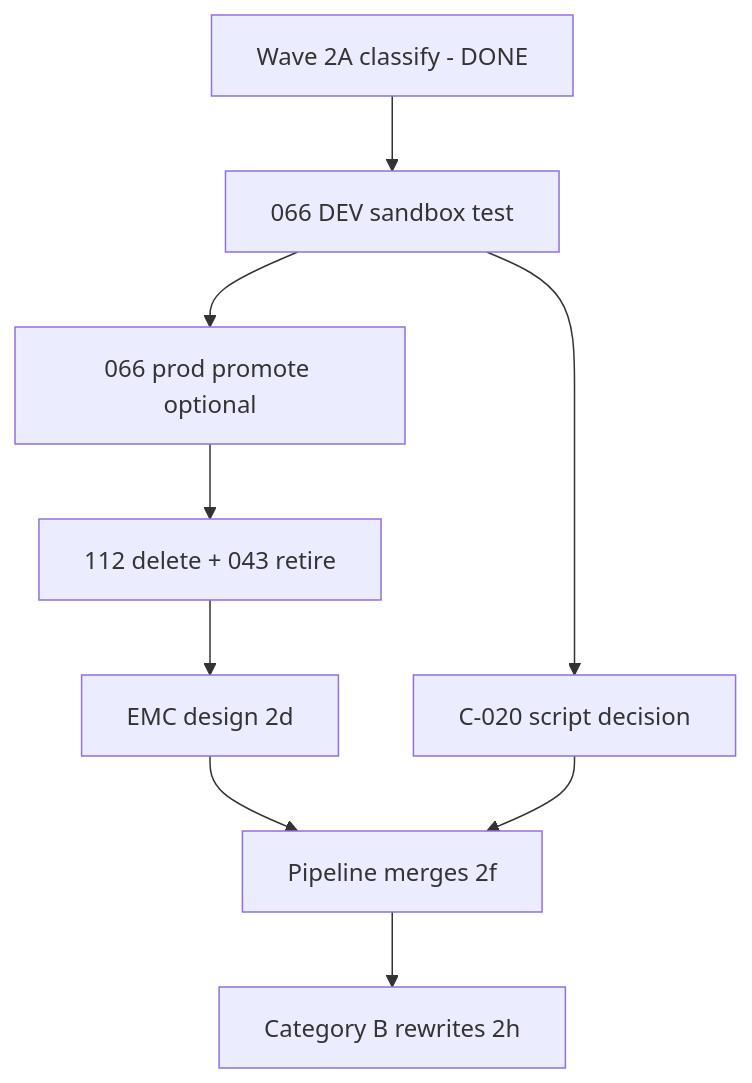
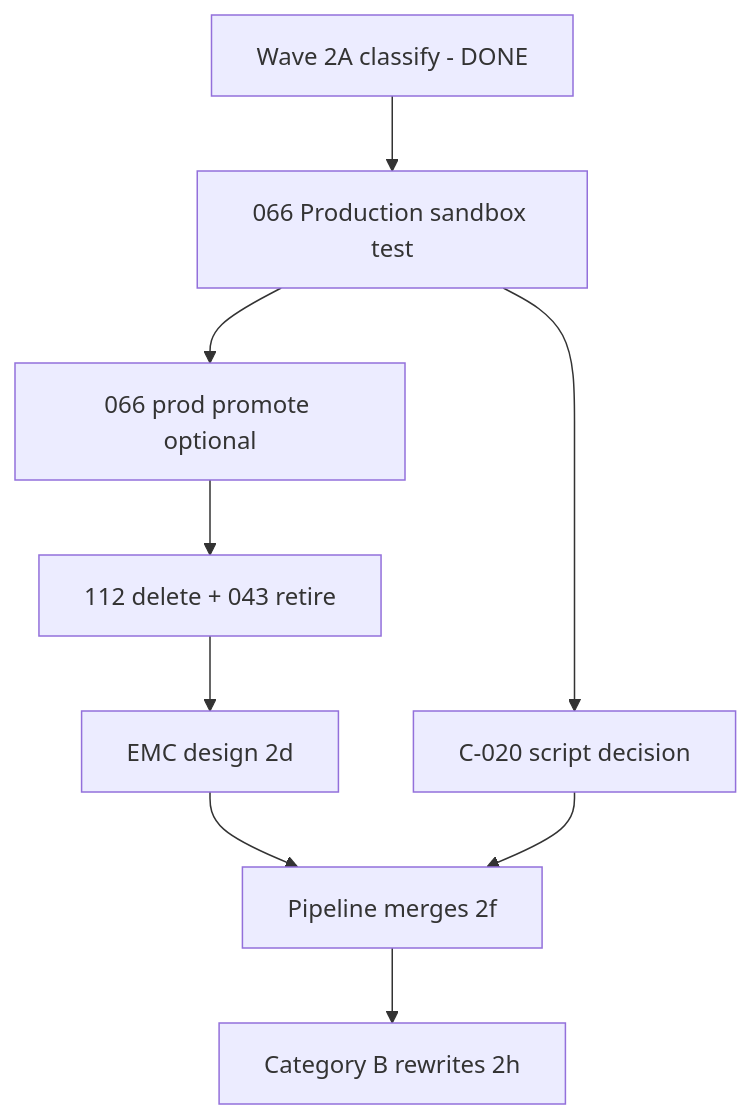
The diagram in docs/phase-2b-engineering-review-2026-07-06.md (Schmidt127/127-si-shooting-challenge), drawn with Mermaid before and after one commit. The commit also changed other lines of this file and 397 other files, not shown here.

````diff
--- a/docs/phase-2b-engineering-review-2026-07-06.md
+++ b/docs/phase-2b-engineering-review-2026-07-06.md
@@ -44,19 +44,19 @@
 ```mermaid
 flowchart TD
     W2A[Wave 2A classify - DONE]
-    H002[066 DEV sandbox test]
+    H002[066 Production sandbox test]
     H002P[066 prod promote optional]
     RET[112 delete + 043 retire]
     EMC[EMC design 2d]
     MERGE[Pipeline merges 2f]
     REWRITE[Category B rewrites 2h]
 
     W2A --> H002
     H002 --> H002P
     H002P --> RET
     RET --> EMC
     EMC --> MERGE
     H002 --> C020[C-020 script decision]
     C020 --> MERGE
     MERGE --> REWRITE
 ```
````
